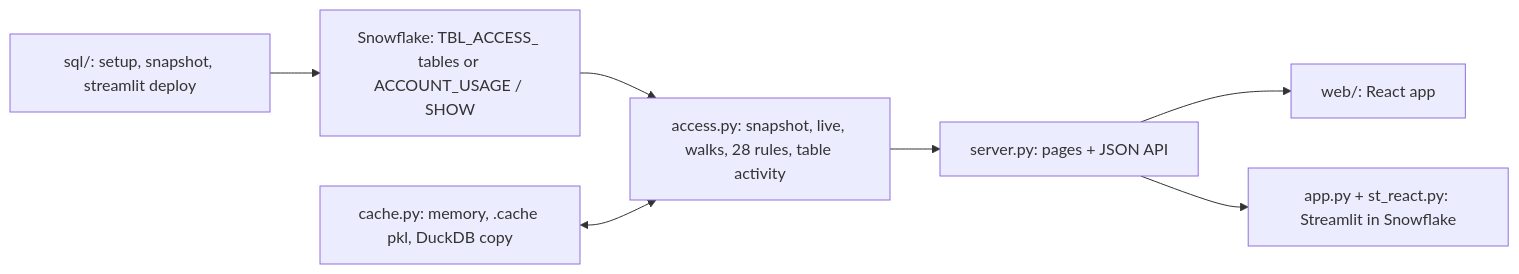
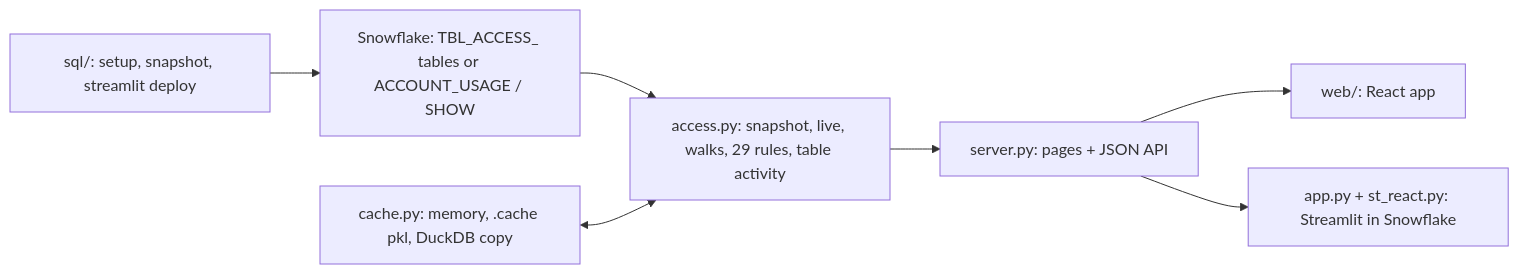
One commit to darshanmeel/snowflake-access-explorer changed the diagram in snowflake-access-explorer-knowledge-graph/index.md. Above: the diagram before and after it, drawn with Mermaid. The commit also changed other lines of this file and 88 other files, not shown here.

First line of the commit message:
Knowledge graph and docs for the access log; per-day charts by user, role, client, statement, R/W/DDL, object kind

````diff
--- a/snowflake-access-explorer-knowledge-graph/index.md
+++ b/snowflake-access-explorer-knowledge-graph/index.md
@@ -8,9 +8,9 @@
 ```mermaid
 flowchart LR
-  SF[Snowflake: TBL_ACCESS_ tables or ACCOUNT_USAGE / SHOW] --> ACC[access.py: snapshot, live, walks, 28 rules, table activity]
+  SF[Snowflake: TBL_ACCESS_ tables or ACCOUNT_USAGE / SHOW] --> ACC[access.py: snapshot, live, walks, 29 rules, table activity]
   CACHE[cache.py: memory, .cache pkl, DuckDB copy] <--> ACC
   ACC --> SRV[server.py: pages + JSON API]
   SRV --> WEB[web/: React app]
   SRV --> ST[app.py + st_react.py: Streamlit in Snowflake]
   SQL[sql/: setup, snapshot, streamlit deploy] --> SF
 ```
````
